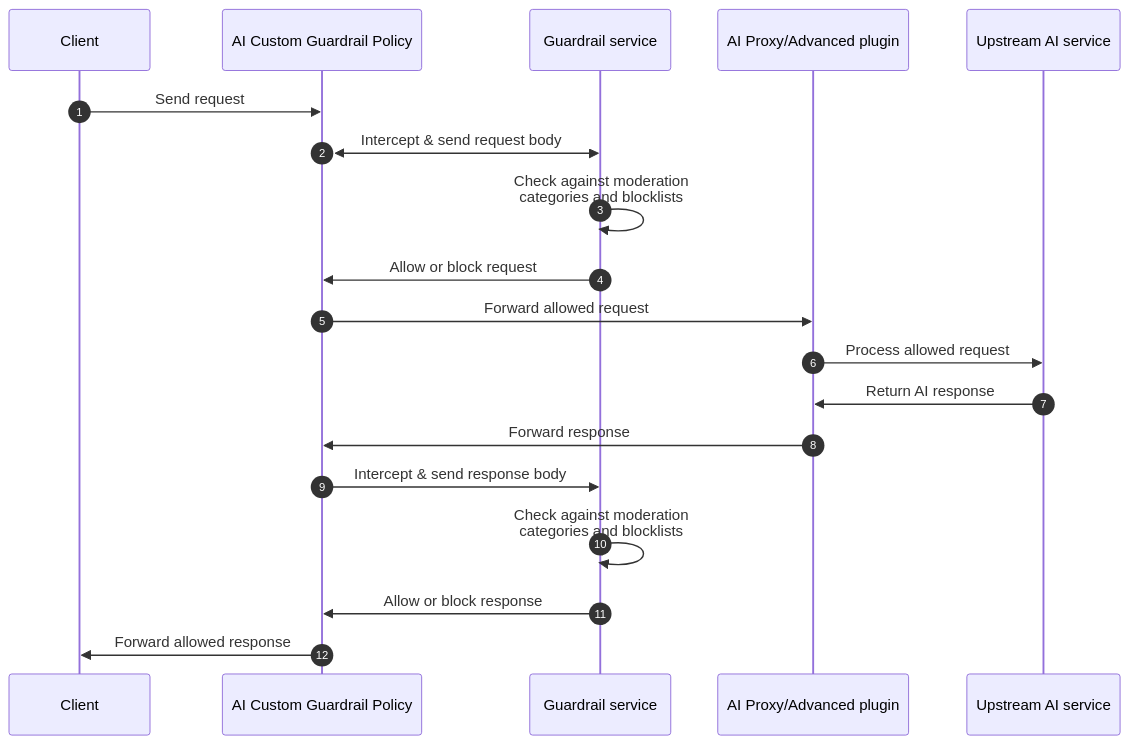
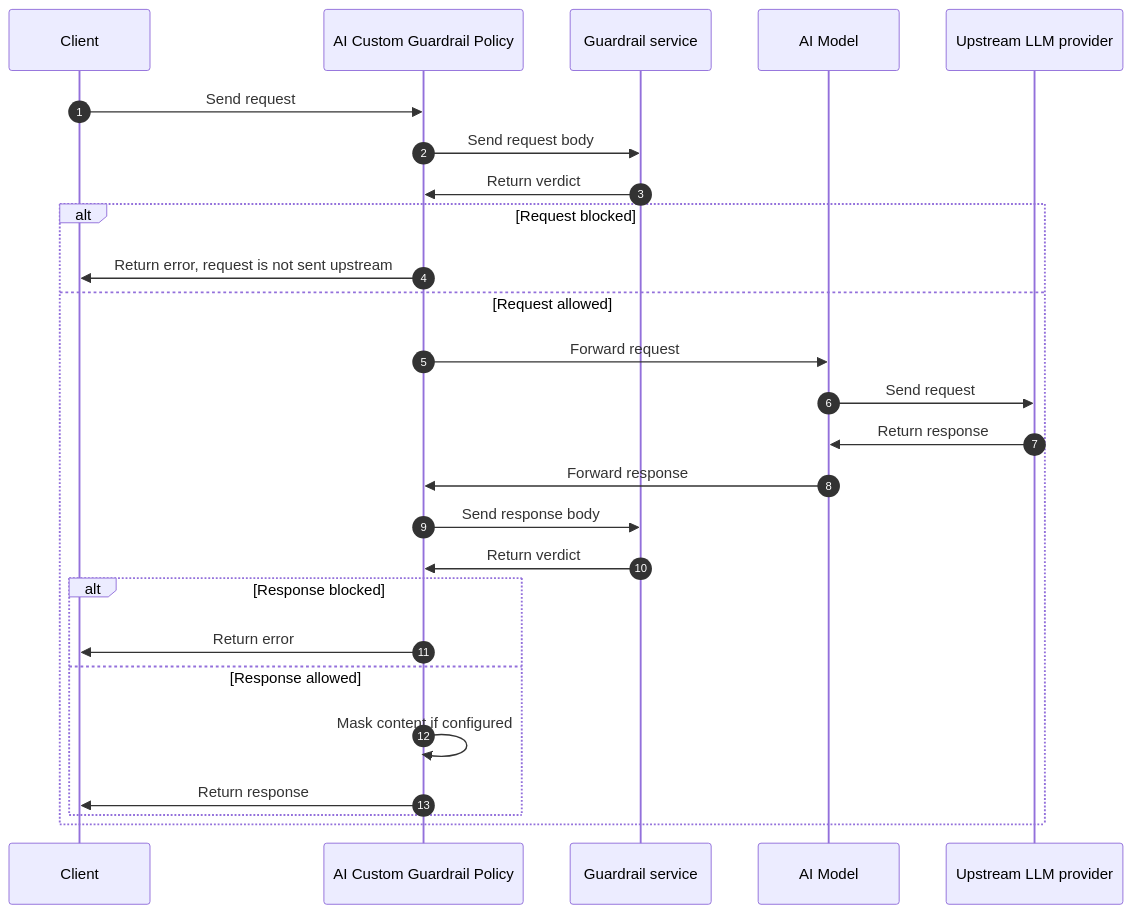
The diagram in app/_ai_gateway_policies/ai-custom-guardrail/index.md (Kong/developer.konghq.com), drawn with Mermaid before and after one commit. The commit also changed other lines of this file and 1 other file, not shown here.

Commit message:
Update mermaid diagrams

```diff
--- a/app/_ai_gateway_policies/ai-custom-guardrail/index.md
+++ b/app/_ai_gateway_policies/ai-custom-guardrail/index.md
@@ -37,22 +38,29 @@
 {% mermaid %}
 sequenceDiagram
-  autonumber
-  participant client as Client
-  participant custguardrail as AI Custom Guardrail Policy
-  participant guardrail as Guardrail service
-  participant proxy as AI Proxy/Advanced plugin
-  participant llm as Upstream AI service
+    autonumber
+    participant Client
+    participant Policy as AI Custom Guardrail Policy
+    participant Svc as Guardrail service
+    participant Model as AI Model
+    participant LLM as Upstream LLM provider
 
-  client->>custguardrail:Send request
-  custguardrail<<->>guardrail:Intercept & send request body
-  guardrail->>guardrail:Check against moderation <br>categories and blocklists
-  guardrail->>custguardrail: Allow or block request
-  custguardrail->>proxy: Forward allowed request
-  proxy->>llm: Process allowed request
-  llm->>proxy: Return AI response
-  proxy->>custguardrail: Forward response
-  custguardrail->>guardrail: Intercept & send response body
-  guardrail->>guardrail: Check against moderation <br>categories and blocklists
-  guardrail->>custguardrail: Allow or block response
-  custguardrail->>client: Forward allowed response
+    Client->>Policy: Send request
+    Policy->>Svc: Send request body
+    Svc->>Policy: Return verdict
+    alt Request blocked
+        Policy->>Client: Return error, request is not sent upstream
+    else Request allowed
+        Policy->>Model: Forward request
+        Model->>LLM: Send request
+        LLM->>Model: Return response
+        Model->>Policy: Forward response
+        Policy->>Svc: Send response body
+        Svc->>Policy: Return verdict
+        alt Response blocked
+            Policy->>Client: Return error
+        else Response allowed
+            Policy->>Policy: Mask content if configured
+            Policy->>Client: Return response
+        end
+    end
 {% endmermaid %}
```
